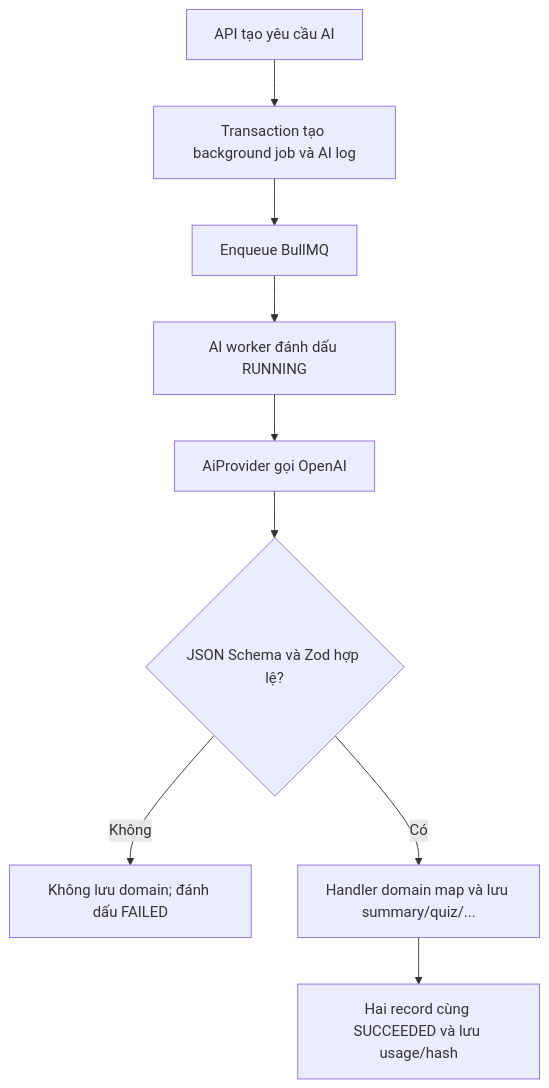
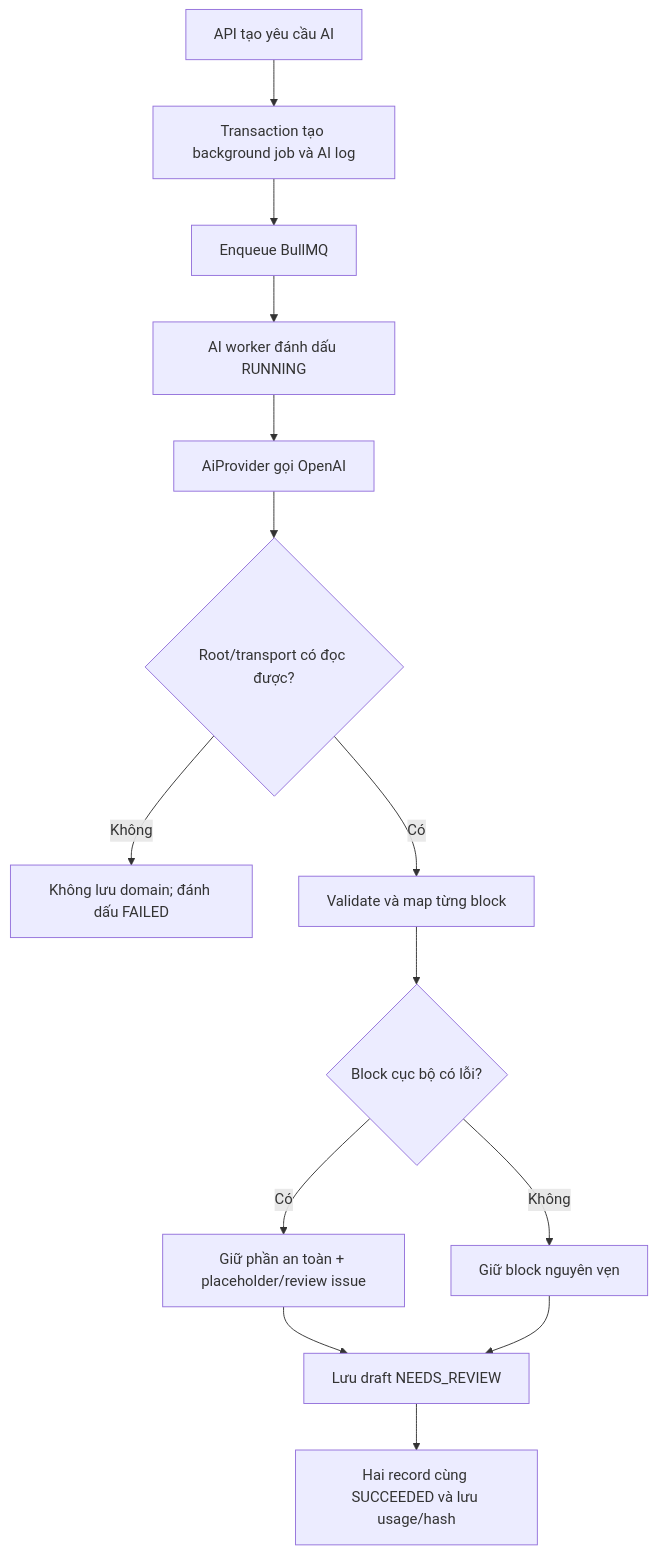
The diagram in docs/learning-notes/foundation/ai-structured-output-jobs.md (DamAnhTuanTB/ClassHero), drawn with Mermaid before and after one commit. The commit also changed other lines of this file and 48 other files, not shown here.

````diff
--- a/docs/learning-notes/foundation/ai-structured-output-jobs.md
+++ b/docs/learning-notes/foundation/ai-structured-output-jobs.md
@@ -19,11 +19,16 @@
 ```mermaid
 flowchart TD
   A[API tạo yêu cầu AI] --> B[Transaction tạo background job và AI log]
   B --> C[Enqueue BullMQ]
   C --> D[AI worker đánh dấu RUNNING]
   D --> E[AiProvider gọi OpenAI]
-  E --> F{JSON Schema và Zod hợp lệ?}
+  E --> F{Root/transport có đọc được?}
   F -- Không --> G[Không lưu domain; đánh dấu FAILED]
-  F -- Có --> H[Handler domain map và lưu summary/quiz/...]
-  H --> I[Hai record cùng SUCCEEDED và lưu usage/hash]
+  F -- Có --> H[Validate và map từng block]
+  H --> J{Block cục bộ có lỗi?}
+  J -- Có --> K[Giữ phần an toàn + placeholder/review issue]
+  J -- Không --> L[Giữ block nguyên vẹn]
+  K --> I[Lưu draft NEEDS_REVIEW]
+  L --> I
+  I --> M[Hai record cùng SUCCEEDED và lưu usage/hash]
 ```
````
